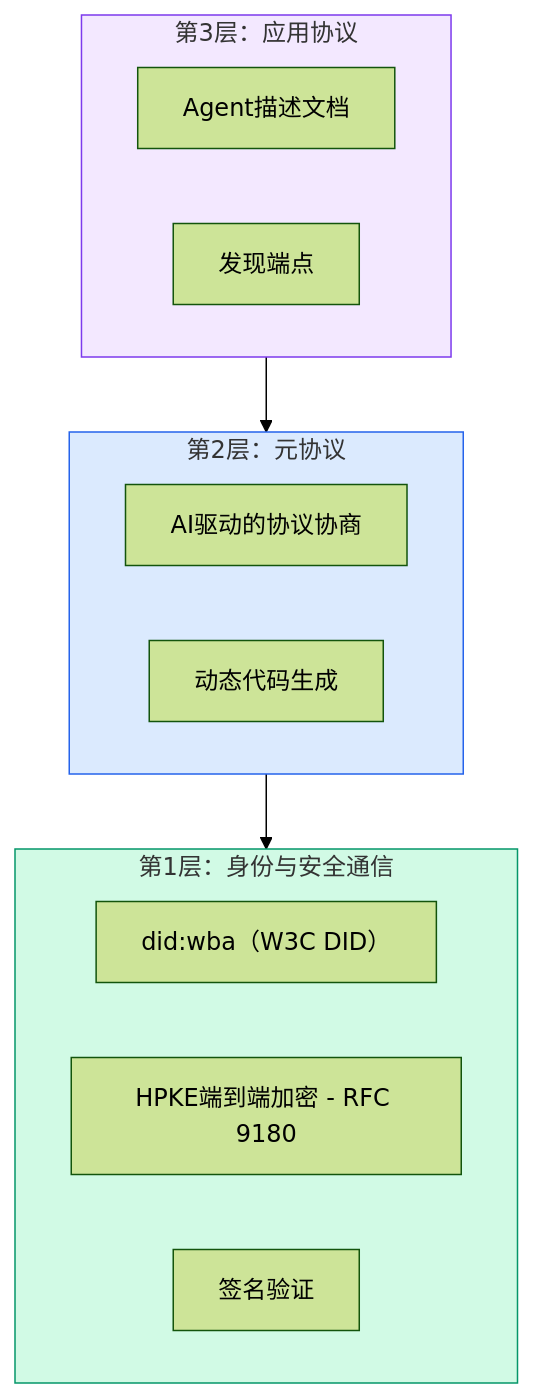
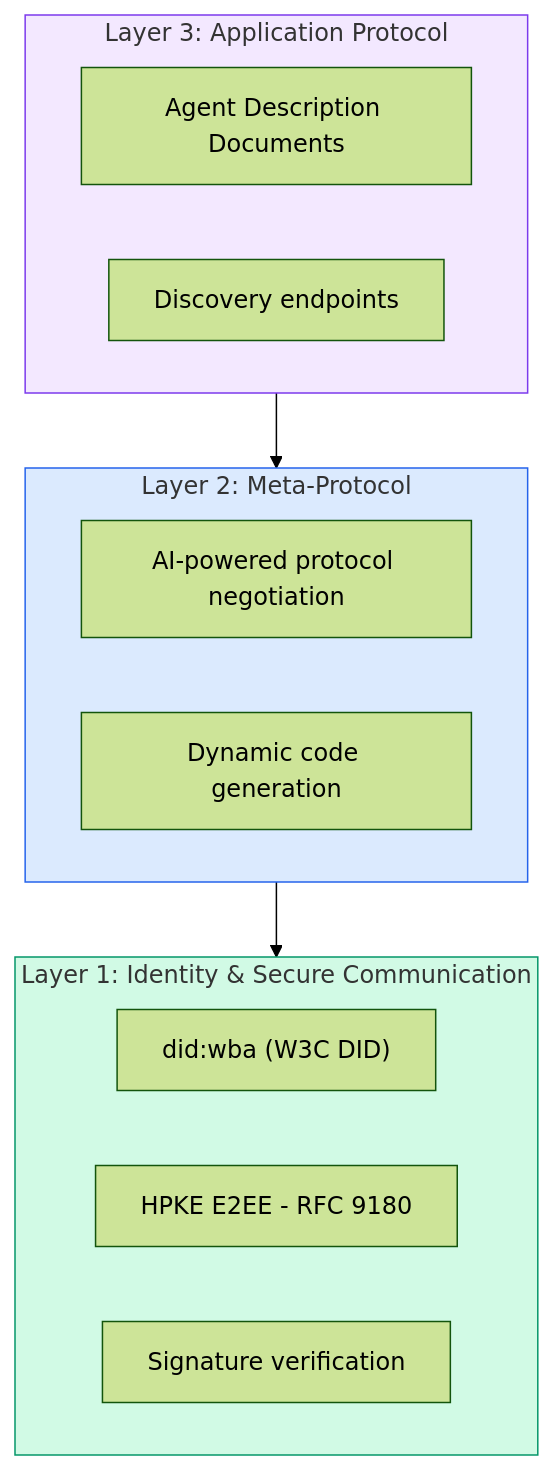
One commit to xiaojiaenen/ai-engineering-from-scratch-zh changed the eighth of 13 diagrams in i18n/zh/phases/16-multi-agent-and-swarms/03-communication-protocols/docs/zh.md. Above: the diagram before and after it, drawn with Mermaid (forest theme). The commit also changed other lines of this file and 25 other files, not shown here.

````diff
--- a/i18n/zh/phases/16-multi-agent-and-swarms/03-communication-protocols/docs/zh.md
+++ b/i18n/zh/phases/16-multi-agent-and-swarms/03-communication-protocols/docs/zh.md
@@ -420,23 +420,23 @@
 ```mermaid
 graph TB
-    subgraph 第3层["第3层：应用协议"]
-        AD[Agent描述文档]
-        DISC[发现端点]
+    subgraph Layer3["Layer 3: Application Protocol"]
+        AD[Agent Description Documents]
+        DISC[Discovery endpoints]
     end
-    subgraph 第2层["第2层：元协议"]
-        NEG[AI驱动的协议协商]
-        CODE[动态代码生成]
+    subgraph Layer2["Layer 2: Meta-Protocol"]
+        NEG[AI-powered protocol negotiation]
+        CODE[Dynamic code generation]
     end
-    subgraph 第1层["第1层：身份与安全通信"]
-        DID["did:wba（W3C DID）"]
-        HPKE[HPKE端到端加密 - RFC 9180]
-        SIG[签名验证]
+    subgraph Layer1["Layer 1: Identity & Secure Communication"]
+        DID["did:wba (W3C DID)"]
+        HPKE[HPKE E2EE - RFC 9180]
+        SIG[Signature verification]
     end
 
-    第3层 --> 第2层
-    第2层 --> 第1层
+    Layer3 --> Layer2
+    Layer2 --> Layer1
 
-    style 第1层 fill:#d1fae5,stroke:#059669
-    style 第2层 fill:#dbeafe,stroke:#2563eb
-    style 第3层 fill:#f3e8ff,stroke:#7c3aed
+    style Layer1 fill:#d1fae5,stroke:#059669
+    style Layer2 fill:#dbeafe,stroke:#2563eb
+    style Layer3 fill:#f3e8ff,stroke:#7c3aed
 ```
````
